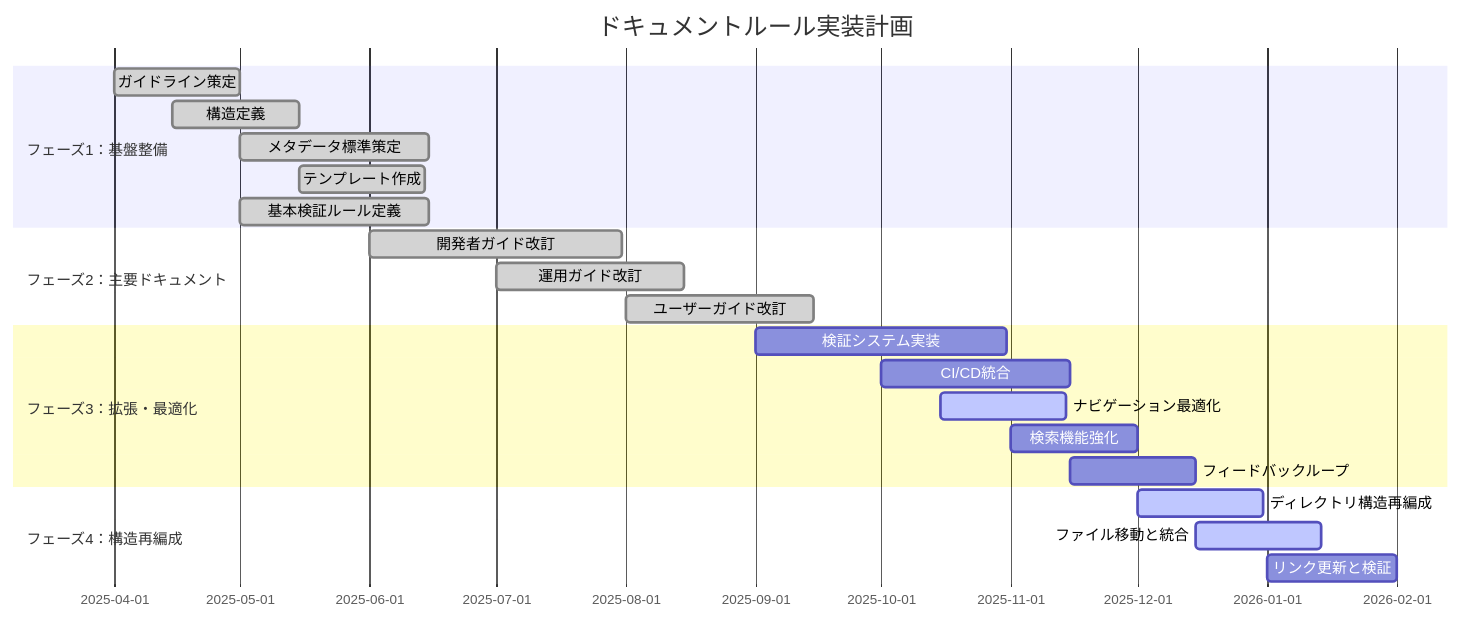
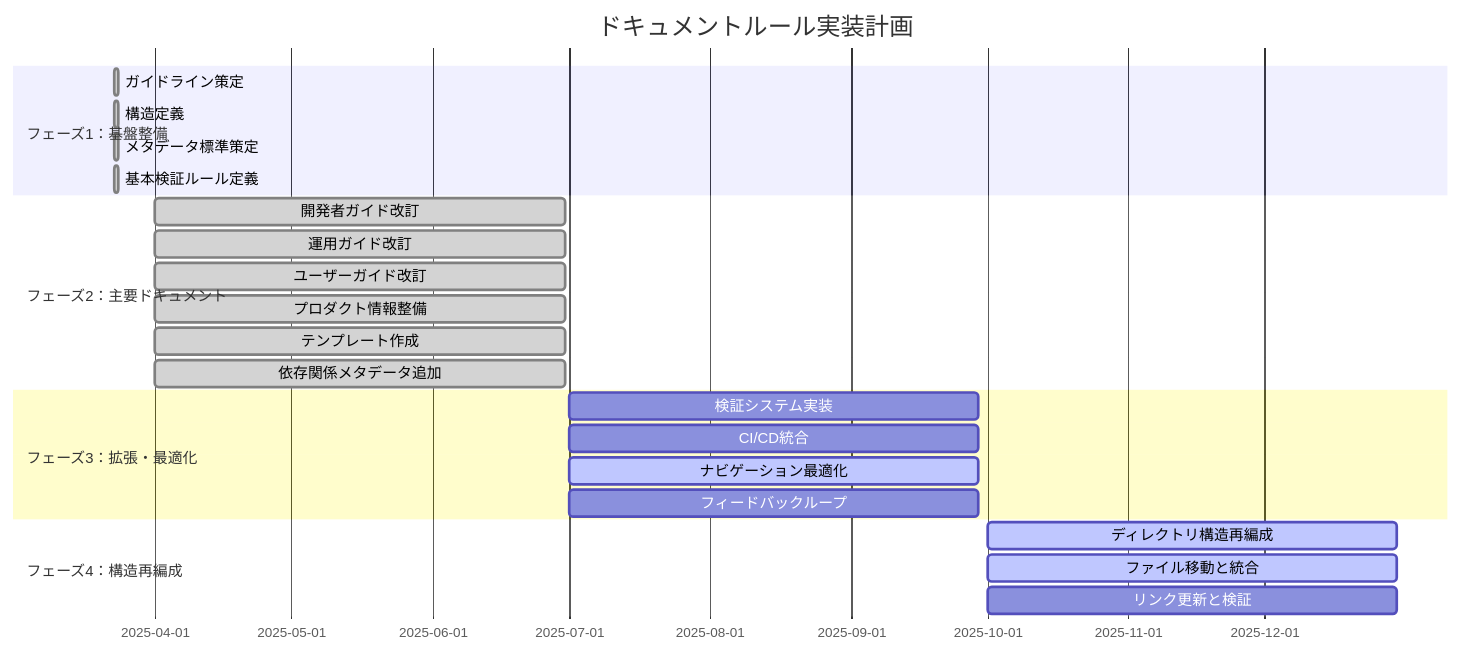
Before and after one commit to ToyB0x/git-resume: the second of 2 diagrams in docs/PROGRESS.md, drawn with Mermaid. The commit also changed other lines of this file and 1 other file, not shown here.

````diff
--- a/docs/PROGRESS.md
+++ b/docs/PROGRESS.md
@@ -27,25 +27,26 @@
 ```mermaid
 gantt
     title ドキュメントルール実装計画
     dateFormat  YYYY-MM-DD
     section フェーズ1：基盤整備
-    ガイドライン策定      :done, g1, 2025-04-01, 30d
-    構造定義              :done, g2, 2025-04-15, 30d
-    メタデータ標準策定    :done, g3, 2025-05-01, 45d
-    テンプレート作成      :done, g4, 2025-05-15, 30d
-    基本検証ルール定義    :done, g5, 2025-05-01, 45d
+    ガイドライン策定      :done, g1, 2025-03-23, 1d
+    構造定義              :done, g2, 2025-03-23, 1d
+    メタデータ標準策定    :done, g3, 2025-03-23, 1d
+    基本検証ルール定義    :done, g4, 2025-03-23, 1d
     section フェーズ2：主要ドキュメント
-    開発者ガイド改訂      :done, g6, 2025-06-01, 60d
-    運用ガイド改訂        :done, g7, 2025-07-01, 45d
-    ユーザーガイド改訂    :done, g8, 2025-08-01, 45d
+    開発者ガイド改訂      :done, g5, 2025-04-01, 90d
+    運用ガイド改訂        :done, g6, 2025-04-01, 90d
+    ユーザーガイド改訂    :done, g7, 2025-04-01, 90d
+    プロダクト情報整備    :done, g8, 2025-04-01, 90d
+    テンプレート作成      :done, g9, 2025-04-01, 90d
+    依存関係メタデータ追加 :done, g10, 2025-04-01, 90d
     section フェーズ3：拡張・最適化
-    検証システム実装      :g9, 2025-09-01, 60d
-    CI/CD統合             :g10, 2025-10-01, 45d
-    ナビゲーション最適化  :active, g11, 2025-10-15, 30d
-    検索機能強化          :g12, 2025-11-01, 30d
-    フィードバックループ  :g13, 2025-11-15, 30d
+    検証システム実装      :g11, 2025-07-01, 90d
+    CI/CD統合             :g12, 2025-07-01, 90d
+    ナビゲーション最適化  :active, g13, 2025-07-01, 90d
+    フィードバックループ  :g14, 2025-07-01, 90d
     section フェーズ4：構造再編成
-    ディレクトリ構造再編成 :active, g14, 2025-12-01, 30d
-    ファイル移動と統合     :active, g15, 2025-12-15, 30d
-    リンク更新と検証       :g16, 2026-01-01, 31d
+    ディレクトリ構造再編成 :active, g15, 2025-10-01, 90d
+    ファイル移動と統合     :active, g16, 2025-10-01, 90d
+    リンク更新と検証       :g17, 2025-10-01, 90d
 ```
````
